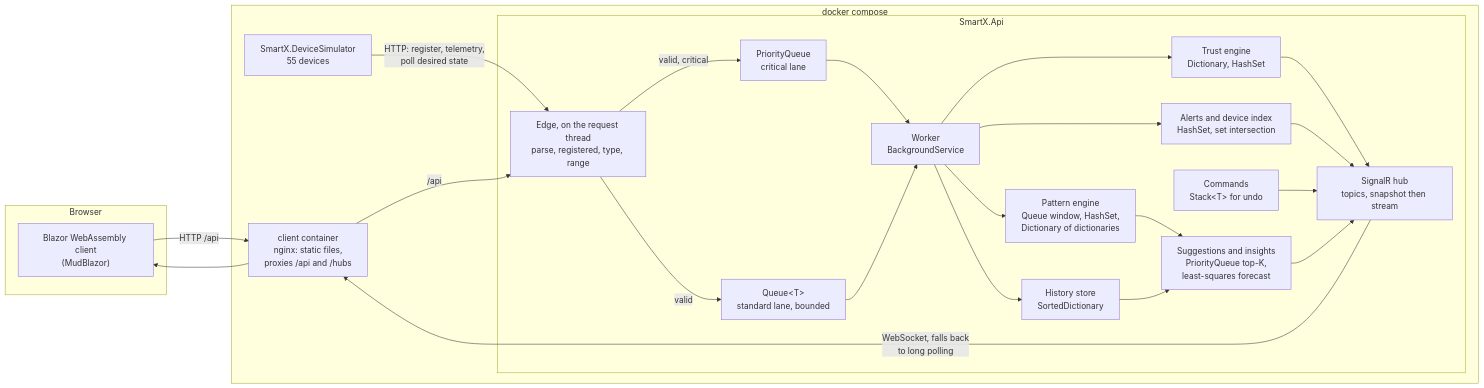
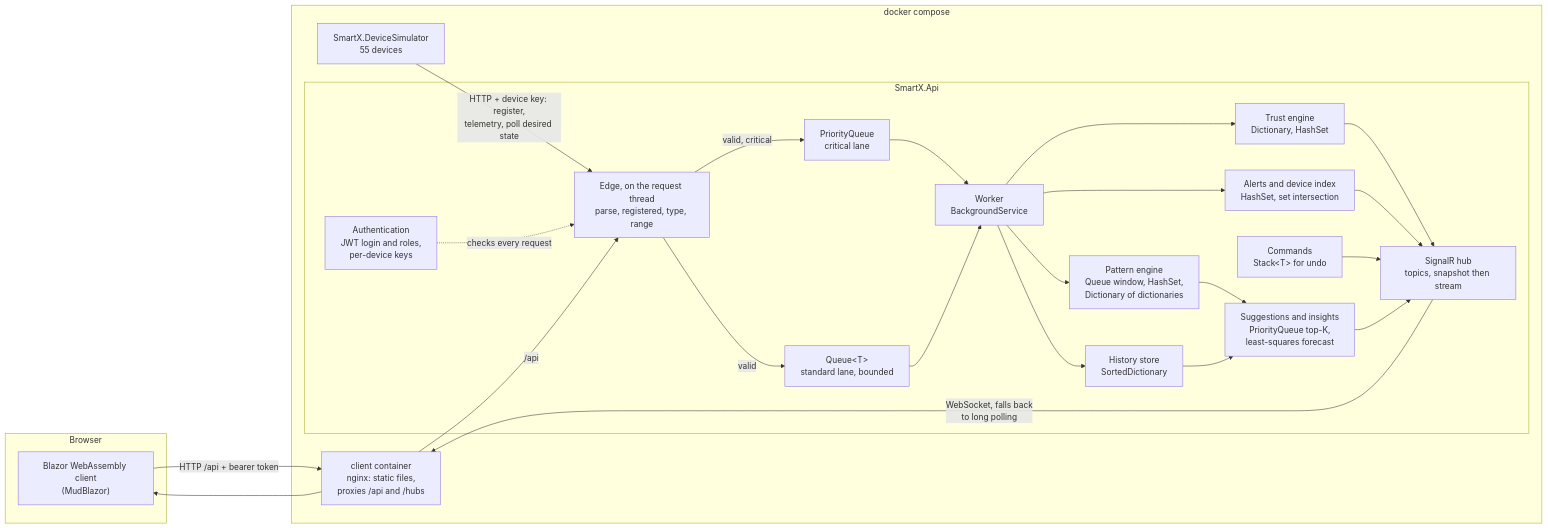
The diagram in README.md (UsmarTayler/smartx-poe), drawn with Mermaid before and after one commit. The commit also changed other lines of this file, not shown here.

Commit message:
docs(readme): add authentication and put the token on every curl

````diff
--- a/README.md
+++ b/README.md
@@ -36,45 +37,47 @@
 ```mermaid
 flowchart LR
     subgraph Browser
         UI["Blazor WebAssembly client<br/>(MudBlazor)"]
     end
 
     subgraph Compose["docker compose"]
         NGINX["client container<br/>nginx: static files,<br/>proxies /api and /hubs"]
         SIM["SmartX.DeviceSimulator<br/>55 devices"]
 
         subgraph API["SmartX.Api"]
+            AUTH["Authentication<br/>JWT login and roles,<br/>per-device keys"]
             EDGE["Edge, on the request thread<br/>parse, registered, type, range"]
             STD["Queue#lt;T#gt;<br/>standard lane, bounded"]
             CRIT["PriorityQueue<br/>critical lane"]
             WORK["Worker<br/>BackgroundService"]
             TRUST["Trust engine<br/>Dictionary, HashSet"]
             HIST["History store<br/>SortedDictionary"]
             ALERT["Alerts and device index<br/>HashSet, set intersection"]
             CMD["Commands<br/>Stack#lt;T#gt; for undo"]
             PAT["Pattern engine<br/>Queue window, HashSet,<br/>Dictionary of dictionaries"]
             SUG["Suggestions and insights<br/>PriorityQueue top-K,<br/>least-squares forecast"]
             HUB["SignalR hub<br/>topics, snapshot then stream"]
         end
     end
 
-    SIM -- "HTTP: register, telemetry,<br/>poll desired state" --> EDGE
-    UI -- "HTTP /api" --> NGINX
+    SIM -- "HTTP + device key: register,<br/>telemetry, poll desired state" --> EDGE
+    UI -- "HTTP /api + bearer token" --> NGINX
+    AUTH -. "checks every request" .-> EDGE
     NGINX -- "/api" --> EDGE
     EDGE -- "valid, critical" --> CRIT
     EDGE -- "valid" --> STD
     CRIT --> WORK
     STD --> WORK
     WORK --> TRUST
     WORK --> HIST
     WORK --> ALERT
     WORK --> PAT
     PAT --> SUG
     HIST --> SUG
     TRUST --> HUB
     ALERT --> HUB
     CMD --> HUB
     SUG --> HUB
     HUB -- "WebSocket, falls back<br/>to long polling" --> NGINX
     NGINX --> UI
 ```
````
